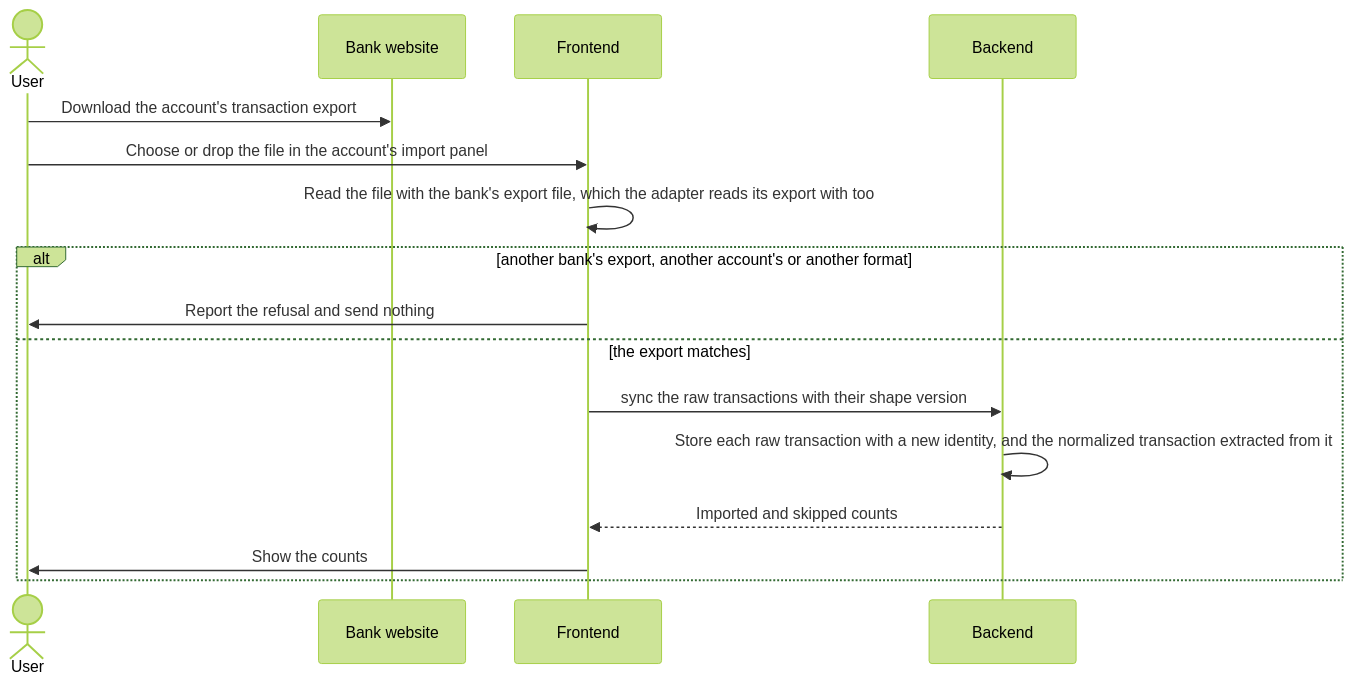
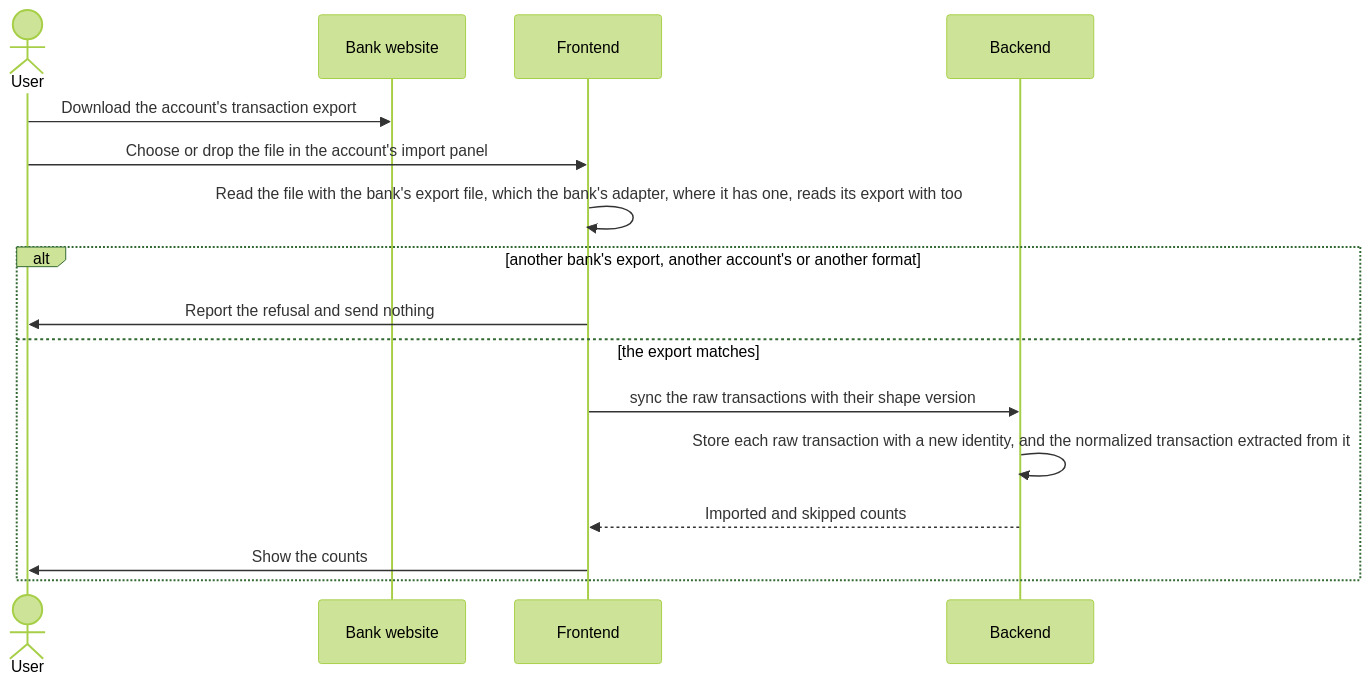
One commit to lennartmoeller/finance-tracker changed the second of 8 diagrams in docs/contract/ingestion.md. Above: the diagram before and after it, drawn with Mermaid (forest theme). The commit also changed other lines of this file and 56 other files, not shown here.

````diff
--- a/docs/contract/ingestion.md
+++ b/docs/contract/ingestion.md
@@ -30,18 +30,18 @@
 ```mermaid
 sequenceDiagram
   actor User
   participant Bank as Bank website
   participant FE as Frontend
   participant BE as Backend
   User->>Bank: Download the account's transaction export
   User->>FE: Choose or drop the file in the account's import panel
-  FE->>FE: Read the file with the bank's export file, which the adapter reads its export with too
+  FE->>FE: Read the file with the bank's export file, which the bank's adapter, where it has one, reads its export with too
   alt another bank's export, another account's or another format
     FE->>User: Report the refusal and send nothing
   else the export matches
     FE->>BE: sync the raw transactions with their shape version
     BE->>BE: Store each raw transaction with a new identity, and the normalized transaction extracted from it
     BE-->>FE: Imported and skipped counts
     FE->>User: Show the counts
   end
 ```
````
